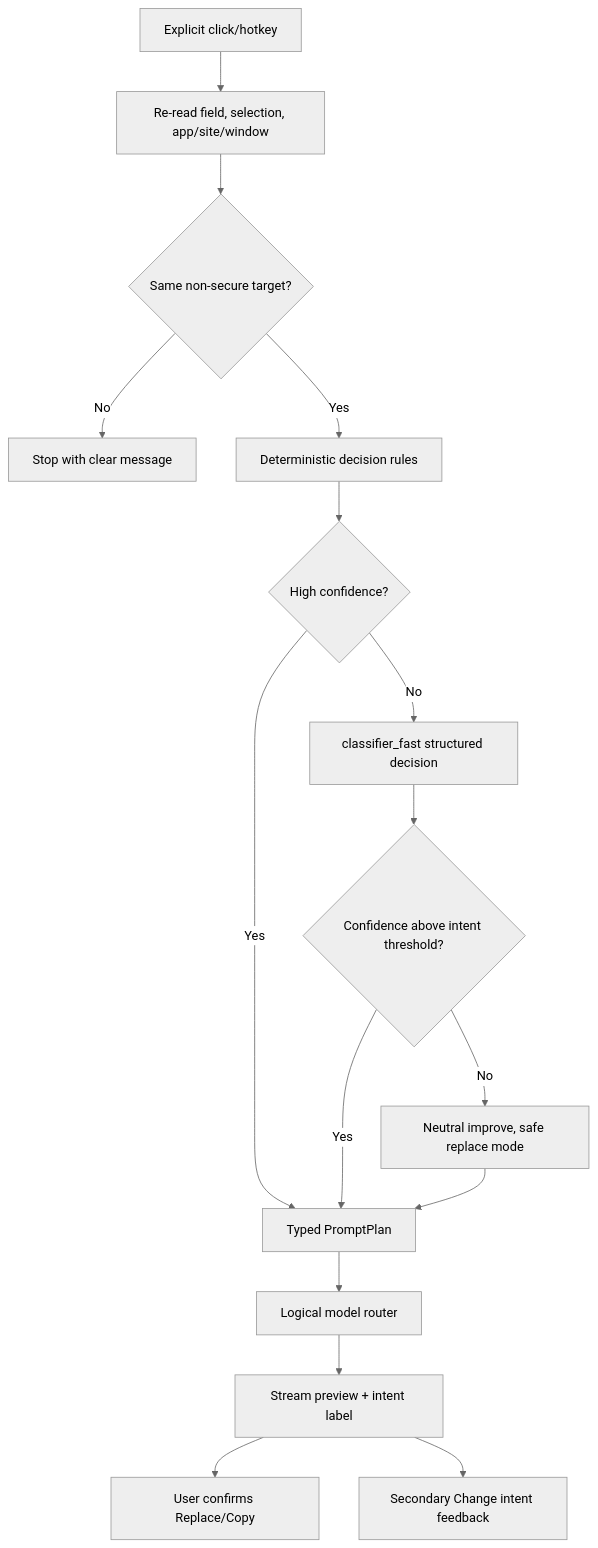
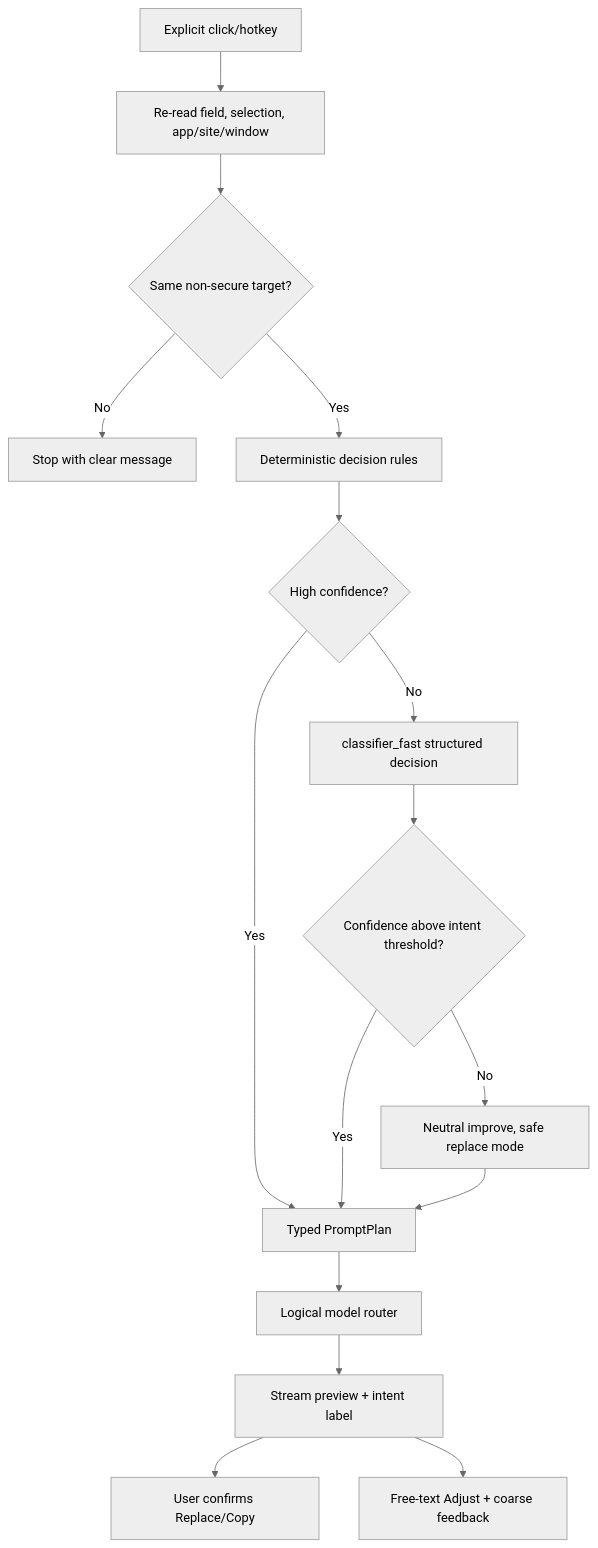
Before and after one commit to karnmodi/WriterFlow: the third of 3 diagrams in V2-ARCHITECTURE.md, drawn with Mermaid (neutral theme). The commit also changed other lines of this file and 81 other files, not shown here.

````diff
--- a/V2-ARCHITECTURE.md
+++ b/V2-ARCHITECTURE.md
@@ -812,18 +812,18 @@
 ```mermaid
 flowchart TD
     Trigger["Explicit click/hotkey"] --> Snapshot["Re-read field, selection, app/site/window"]
     Snapshot --> Guard{"Same non-secure target?"}
     Guard -->|No| Stop["Stop with clear message"]
     Guard -->|Yes| Rules["Deterministic decision rules"]
     Rules --> High{"High confidence?"}
     High -->|Yes| Plan["Typed PromptPlan"]
     High -->|No| Classifier["classifier_fast structured decision"]
     Classifier --> Threshold{"Confidence above intent threshold?"}
     Threshold -->|Yes| Plan
     Threshold -->|No| Neutral["Neutral improve, safe replace mode"]
     Neutral --> Plan
     Plan --> Router["Logical model router"]
     Router --> Preview["Stream preview + intent label"]
     Preview --> Confirm["User confirms Replace/Copy"]
-    Preview --> Correct["Secondary Change intent feedback"]
+    Preview --> Correct["Free-text Adjust + coarse feedback"]
 ```
````
